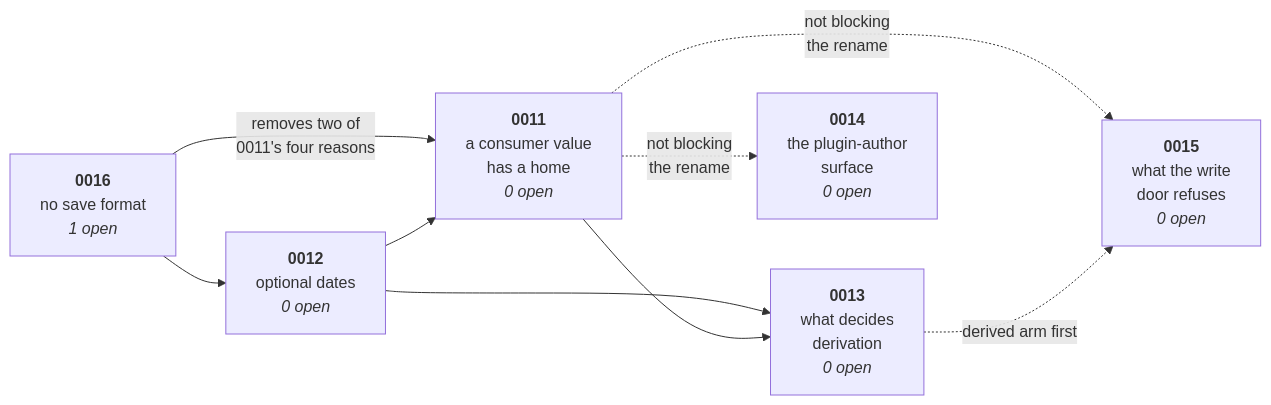
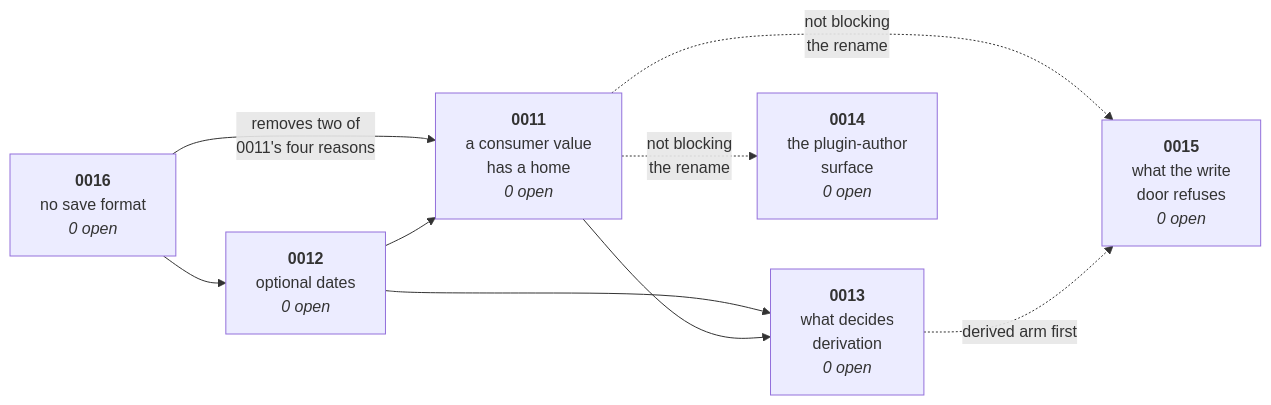
One commit to freegantt/freegantt changed the diagram in plans/field-redesign/README.md. Above: the diagram before and after it, drawn with Mermaid. The commit also changed other lines of this file and 4 other files, not shown here.

````diff
--- a/plans/field-redesign/README.md
+++ b/plans/field-redesign/README.md
@@ -7,11 +7,11 @@
 ```mermaid
 flowchart LR
-  S["<b>0016</b><br/>no save format<br/><i>1 open</i>"] --> D["<b>0012</b><br/>optional dates<br/><i>0 open</i>"]
+  S["<b>0016</b><br/>no save format<br/><i>0 open</i>"] --> D["<b>0012</b><br/>optional dates<br/><i>0 open</i>"]
   S -->|"removes two of<br/>0011's four reasons"| P
   D --> P["<b>0011</b><br/>a consumer value<br/>has a home<br/><i>0 open</i>"]
   D --> R["<b>0013</b><br/>what decides<br/>derivation<br/><i>0 open</i>"]
   P --> R
   P -.->|"not blocking<br/>the rename"| G["<b>0014</b><br/>the plugin-author<br/>surface<br/><i>0 open</i>"]
   P -.->|"not blocking<br/>the rename"| W["<b>0015</b><br/>what the write<br/>door refuses<br/><i>0 open</i>"]
   R -.->|"derived arm first"| W
 ```
````
